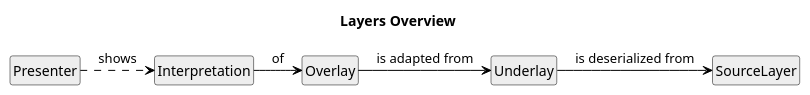
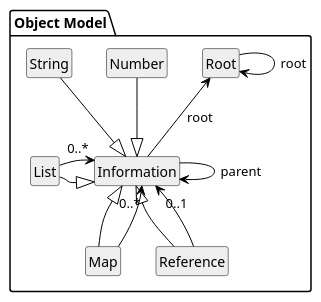
One commit to blackfennec-org/blackfennec changed the diagram in docs/source/development/domain/structure/index.rst. Above: the diagram before and after it, drawn with PlantUML. The commit also changed other lines of this file and 31 other files, not shown here.

```diff
--- a/docs/source/development/domain/structure/index.rst
+++ b/docs/source/development/domain/structure/index.rst
@@ -21,28 +13,36 @@
 .. uml::
     
     @startuml
 
     hide circle
     hide members
     hide methods
 
     skinparam class {
         BackgroundColor #EEE
         ArrowColor Black
         BorderColor Black
     }
     
-    title Layers Overview
-    
-    class Presenter {}
-    class Interpretation {}
-    class Overlay {}
-    class Underlay {}
-    class SourceLayer
-    
-    Presenter       .down>     Interpretation  : shows
-    Interpretation  -down>     Overlay         : of
-    Overlay         -down>     Underlay        : is adapted from
-    Underlay        -down>     SourceLayer     : is deserialized from
+    package "Object Model" {
+        class Information {}
+        class Number {}
+        class String {}
+        class List {}
+        class Map {}
+        class Reference {}
+        class Root {}
 
+        Information     -->         Information     : parent
+        Information     -up->       Root            : root
+        Number          --|>        Information     
+        String          --|>        Information
+        List            -right-|>   Information
+        List            --> "0..*"  Information 
+        Map             -up-|>      Information
+        Map             --> "0..*"  Information
+        Reference       -up-|>      Information
+        Reference       --> "0..1"  Information
+        Root            -->         Root            : root
+    }
     @enduml
```
